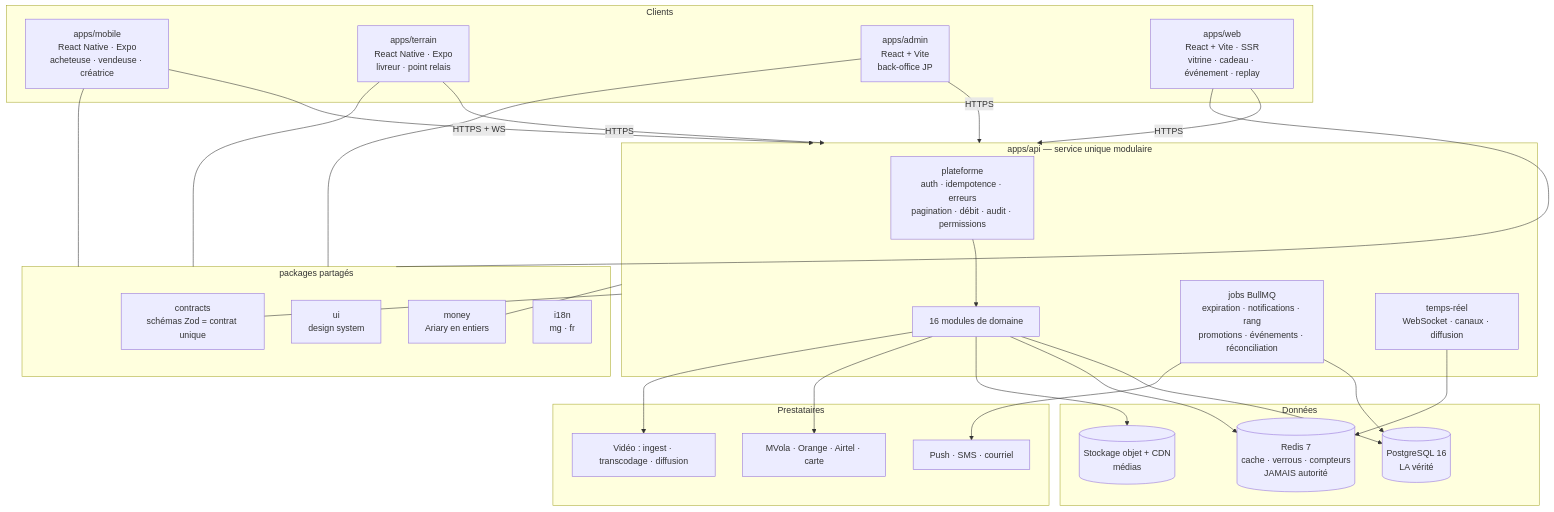
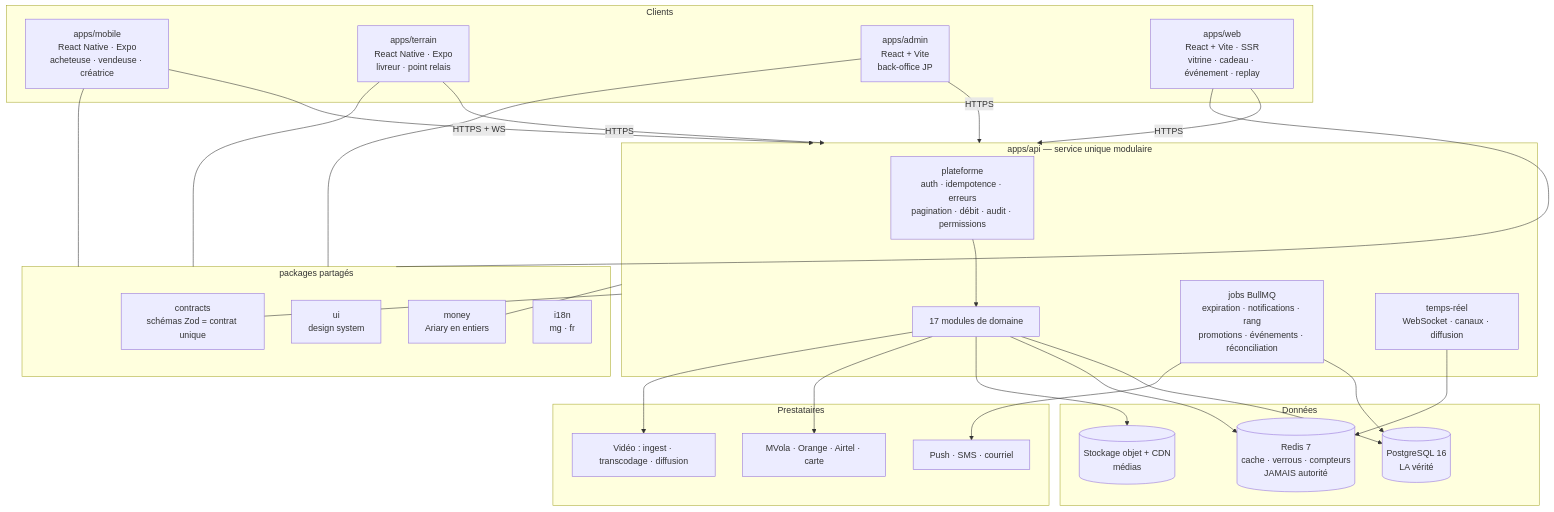
Before and after one commit to andokevin/jp: the first of 4 diagrams in docs/JP_CONCEPTION_APP.md, drawn with Mermaid. The commit also changed 27 other files, not shown here.

````diff
--- a/docs/JP_CONCEPTION_APP.md
+++ b/docs/JP_CONCEPTION_APP.md
@@ -29,55 +29,55 @@
 ```mermaid
 flowchart TB
     subgraph CLIENTS["Clients"]
         MOB["apps/mobile<br/>React Native · Expo<br/>acheteuse · vendeuse · créatrice"]
         TER["apps/terrain<br/>React Native · Expo<br/>livreur · point relais"]
         ADM["apps/admin<br/>React + Vite<br/>back-office JP"]
         WEB["apps/web<br/>React + Vite · SSR<br/>vitrine · cadeau · événement · replay"]
     end
 
     subgraph PART["packages partagés"]
         CTR["contracts<br/>schémas Zod = contrat unique"]
         UI["ui<br/>design system"]
         MON["money<br/>Ariary en entiers"]
         I18N["i18n<br/>mg · fr"]
     end
 
     subgraph API["apps/api — service unique modulaire"]
         PLAT["plateforme<br/>auth · idempotence · erreurs<br/>pagination · débit · audit · permissions"]
-        MODS["16 modules de domaine"]
+        MODS["17 modules de domaine"]
         JOBS["jobs BullMQ<br/>expiration · notifications · rang<br/>promotions · événements · réconciliation"]
         RT["temps-réel<br/>WebSocket · canaux · diffusion"]
     end
 
     subgraph DATA["Données"]
         PG[("PostgreSQL 16<br/>LA vérité")]
         RD[("Redis 7<br/>cache · verrous · compteurs<br/>JAMAIS autorité")]
         OBJ[("Stockage objet + CDN<br/>médias")]
     end
 
     subgraph EXT["Prestataires"]
         PSP["MVola · Orange · Airtel · carte"]
         VID["Vidéo : ingest · transcodage · diffusion"]
         NOT["Push · SMS · courriel"]
     end
 
     MOB -->|HTTPS + WS| API
     TER -->|HTTPS| API
     ADM -->|HTTPS| API
     WEB -->|HTTPS| API
     MOB --- PART
     TER --- PART
     ADM --- PART
     WEB --- PART
     API --- CTR
     API --- MON
     PLAT --> MODS
     MODS --> PG
     MODS --> RD
     JOBS --> PG
     RT --> RD
     MODS --> OBJ
     MODS --> PSP
     MODS --> VID
     JOBS --> NOT
 ```
````
